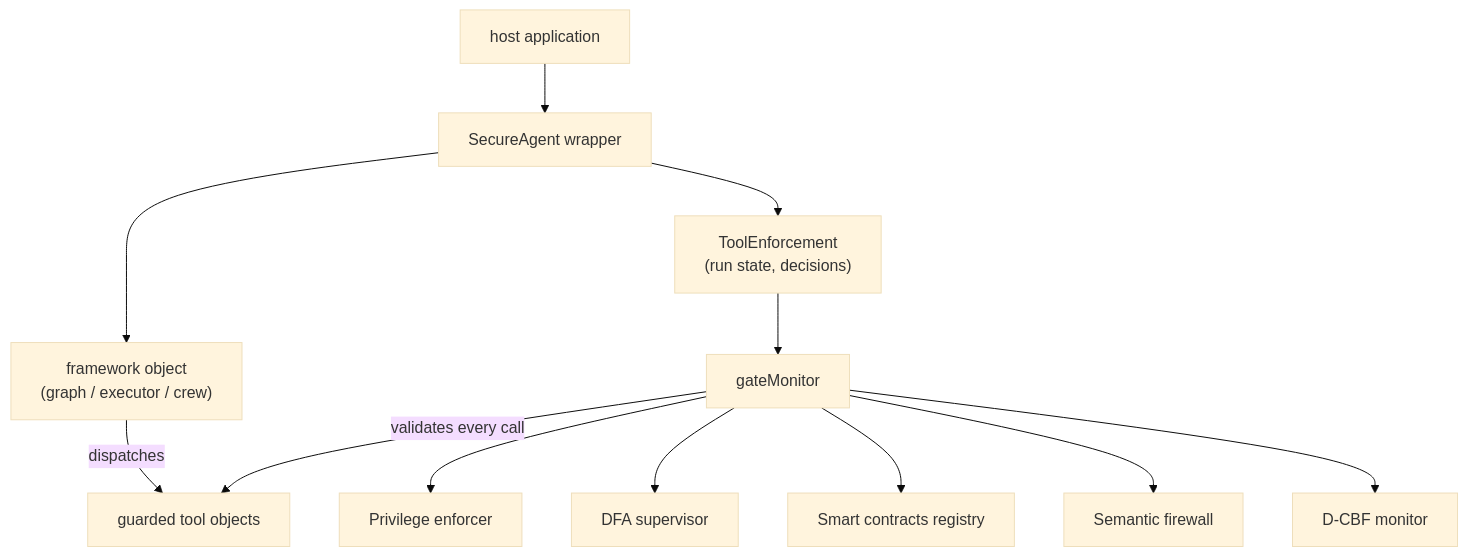
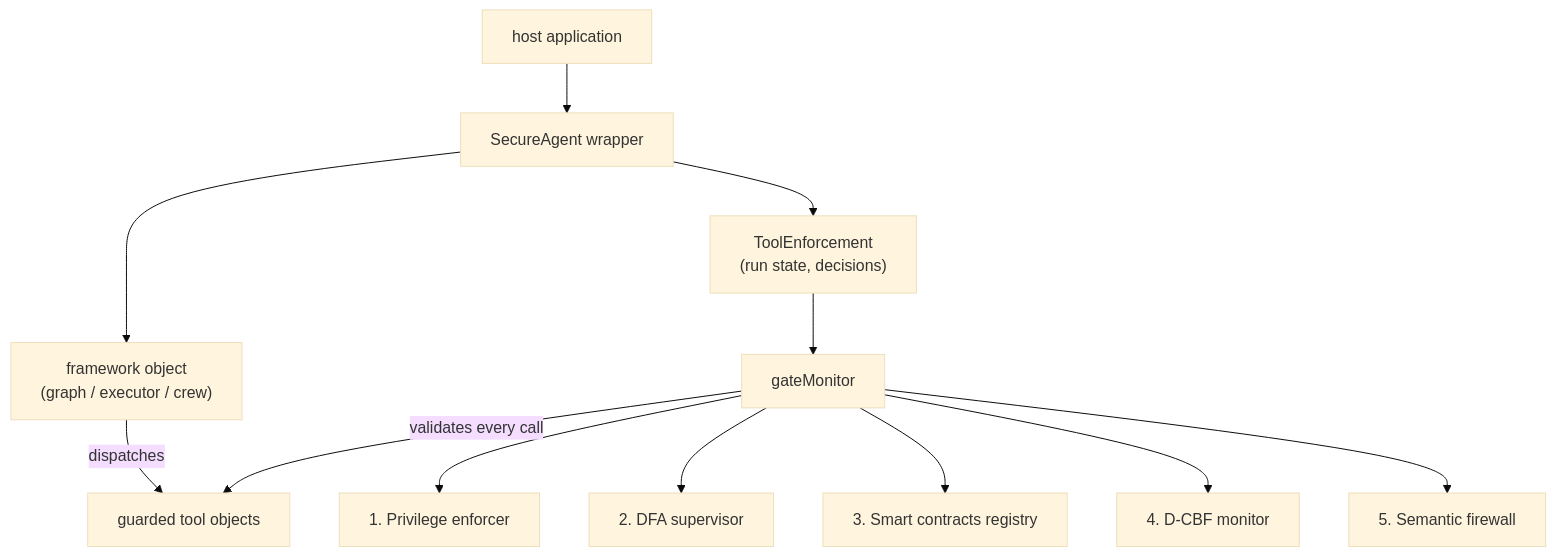
The first of 2 diagrams in docs/architecture.md (CharafeddineMechalikh/GATE), drawn with Mermaid (base theme) before and after one commit. The commit also changed 17 other files, not shown here.

Commit message:
docs: align architecture diagrams, review rates, and stage order with paper; add intent alignment and adapter bypass tests

````diff
--- a/docs/architecture.md
+++ b/docs/architecture.md
@@ -7,14 +7,14 @@
 ```mermaid
 flowchart TD
     App["host application"] --> SA["SecureAgent wrapper"]
     SA --> TE["ToolEnforcement<br>(run state, decisions)"]
     SA --> FW["framework object<br>(graph / executor / crew)"]
     TE --> M["gateMonitor"]
     FW -->|dispatches| GT["guarded tool objects"]
     M -->|validates every call| GT
-    M --> P["Privilege enforcer"]
-    M --> D["DFA supervisor"]
-    M --> C["Smart contracts registry"]
-    M --> S["Semantic firewall"]
-    M --> B["D-CBF monitor"]
+    M --> P["1. Privilege enforcer"]
+    M --> D["2. DFA supervisor"]
+    M --> C["3. Smart contracts registry"]
+    M --> B["4. D-CBF monitor"]
+    M --> S["5. Semantic firewall"]
 ```
````
